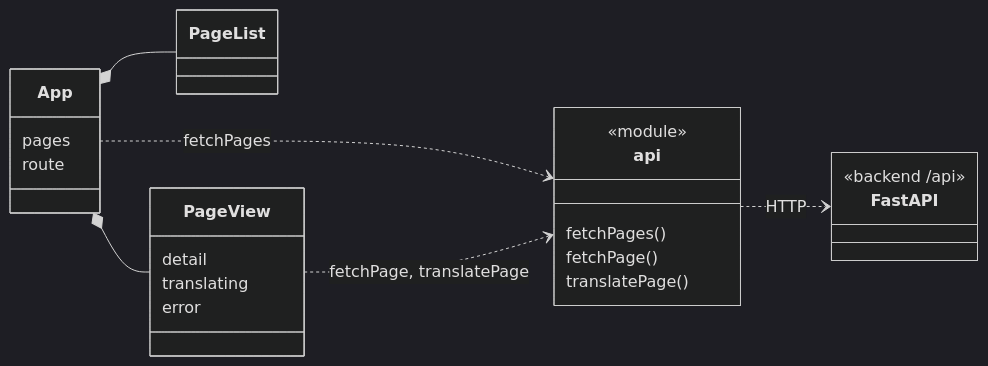
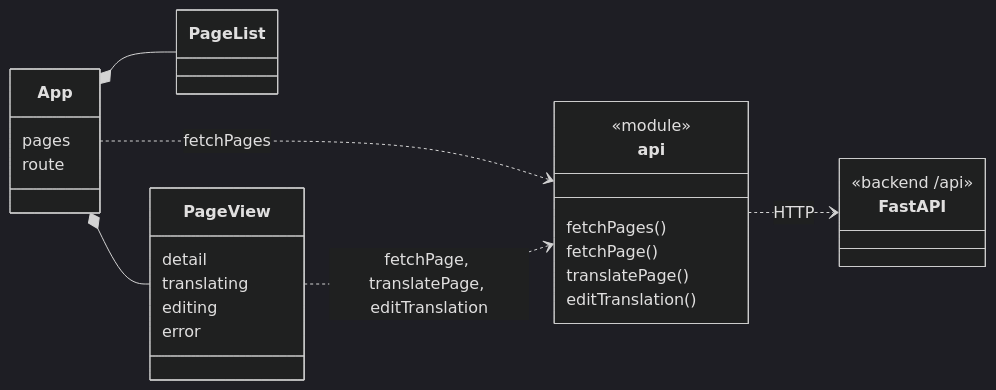
The eighth of 8 diagrams in docs/design.md (EUVUD/Fukidashi), drawn with Mermaid (dark theme) before and after one commit. The commit also changed other lines of this file and 4 other files, not shown here.

````diff
--- a/docs/design.md
+++ b/docs/design.md
@@ -484,30 +484,32 @@
 ```mermaid
 classDiagram
     direction LR
 
     class App {
         pages
         route
     }
     class PageList
     class PageView {
         detail
         translating
+        editing
         error
     }
     class api {
         <<module>>
         fetchPages()
         fetchPage()
         translatePage()
+        editTranslation()
     }
     class FastAPI {
         <<backend /api>>
     }
 
     App *-- PageList
     App *-- PageView
     App ..> api : fetchPages
-    PageView ..> api : fetchPage, translatePage
+    PageView ..> api : fetchPage, translatePage, editTranslation
     api ..> FastAPI : HTTP
 ```
````
